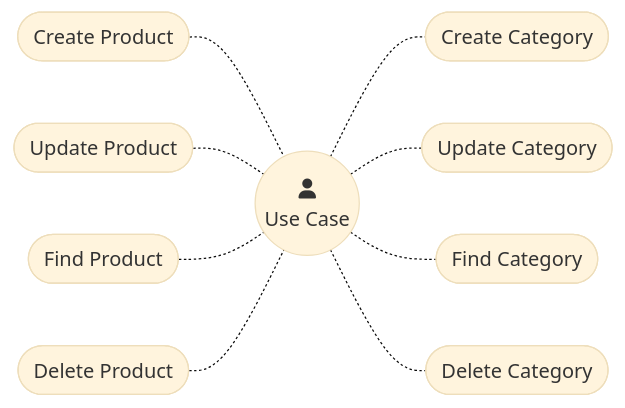
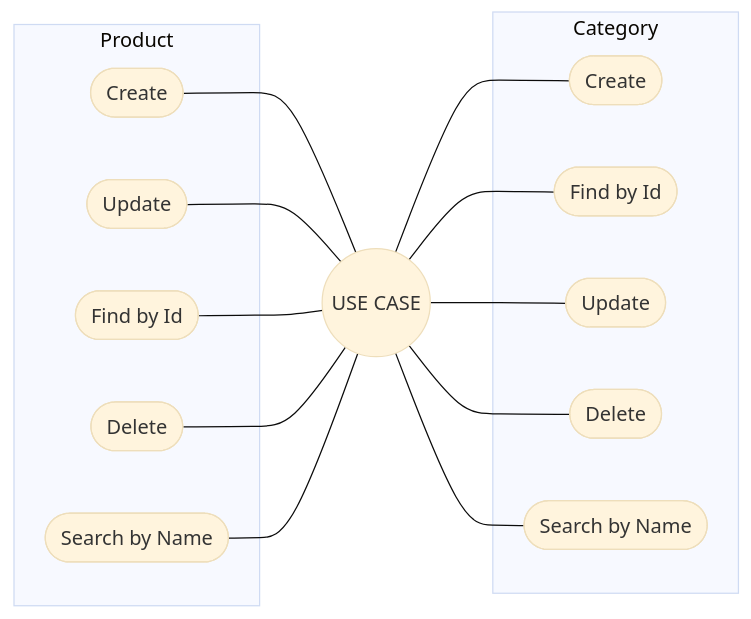
One commit to lgomesb/spring-ms-product-catalog-mgmt changed the first of 4 diagrams in README.md. Above: the diagram before and after it, drawn with Mermaid (base theme). The commit also changed other lines of this file, not shown here.

Commit message:
Edit diagrams in readme file.

````diff
--- a/README.md
+++ b/README.md
@@ -18,26 +18,31 @@
 ```mermaid
 flowchart LR
-    USER1(("`fa:fa-user
-            Use Case`"))
-    CATEGORY_CREATE(["Create Category"])
-    CATEGORY_UPDATE(["Update Category"])
-    CATEGORY_FIND(["Find Category"])
-    CATEGORY_DELETE(["Delete Category"])
+    USER1(("USE CASE"))
+    subgraph Category
+        CATEGORY_CREATE(["Create"])
+        CATEGORY_FIND(["Find by Id"])
+        CATEGORY_UPDATE(["Update"])
+        CATEGORY_DELETE(["Delete"])
+        CATEGORY_SEARCH(["Search by Name"])
+    end
+    subgraph  Product        
+        PRODUCT_CREATE(["Create"])
+        PRODUCT_FIND(["Find by Id"])
+        PRODUCT_UPDATE(["Update"])
+        PRODUCT_DELETE(["Delete"])
+        PRODUCT_SEARCH(["Search by Name"])
+    end
 
-    PRODUCT_CREATE(["Create Product"])
-    PRODUCT_UPDATE(["Update Product"])
-    PRODUCT_FIND(["Find Product"])
-    PRODUCT_DELETE(["Delete Product"])
+USER1 --- CATEGORY_CREATE
+USER1 --- CATEGORY_UPDATE
+USER1 --- CATEGORY_FIND
+USER1 --- CATEGORY_DELETE
+USER1 --- CATEGORY_SEARCH
 
-    direction RL
-    USER1 -.- CATEGORY_CREATE
-    USER1 -.- CATEGORY_UPDATE
-    USER1 -.- CATEGORY_FIND
-    USER1 -.- CATEGORY_DELETE
-    direction LR
-    PRODUCT_CREATE -.- USER1
-    PRODUCT_UPDATE -.- USER1
-    PRODUCT_FIND -.- USER1
-    PRODUCT_DELETE -.- USER1
-    
+PRODUCT_CREATE --- USER1
+PRODUCT_UPDATE --- USER1
+PRODUCT_FIND --- USER1
+PRODUCT_DELETE --- USER1
+PRODUCT_SEARCH --- USER1
+
 ```
````
